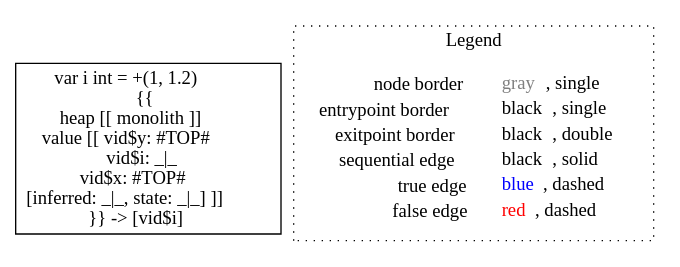
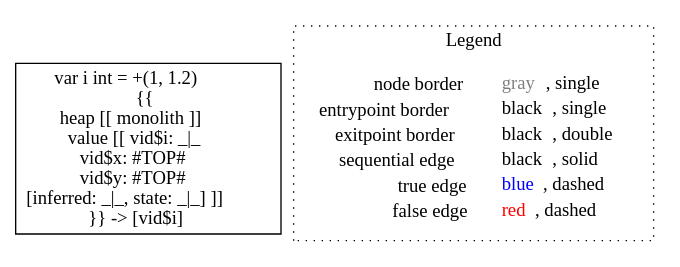
The diagram in go-lisa/go-testcases/typing/typing___int_~LiSAProgram.typeError1(int_x,_int_y).dot (lisa-analyzer/go-lisa), drawn with Graphviz before and after one commit. The commit also changed 9 other files, not shown here.

```diff
--- a/go-lisa/go-testcases/typing/typing___int_~LiSAProgram.typeError1(int_x,_int_y).dot
+++ b/go-lisa/go-testcases/typing/typing___int_~LiSAProgram.typeError1(int_x,_int_y).dot
@@ -1,10 +1,10 @@
 digraph {
-	"node0" [shape="rect",color="black",label=<var i int = +(1, 1.2)<BR/>{{<BR/>heap [[ monolith ]]<BR/>value [[ vid$y: #TOP#<BR/>vid$i: _|_<BR/>vid$x: #TOP#<BR/>[inferred: _|_, state: _|_] ]]<BR/>}} -&gt; [vid$i]>];
+	"node0" [shape="rect",color="black",label=<var i int = +(1, 1.2)<BR/>{{<BR/>heap [[ monolith ]]<BR/>value [[ vid$i: _|_<BR/>vid$x: #TOP#<BR/>vid$y: #TOP#<BR/>[inferred: _|_, state: _|_] ]]<BR/>}} -&gt; [vid$i]>];
 subgraph cluster_legend {
 	label="Legend";
 	style=dotted;
 	node [shape=plaintext];
 	"legend" [label=<<table border="0" cellpadding="2" cellspacing="0" cellborder="0"><tr><td align="right">node border&nbsp;</td><td align="left"><font color="gray">gray</font>, single</td></tr><tr><td align="right">entrypoint border&nbsp;</td><td align="left"><font color="black">black</font>, single</td></tr><tr><td align="right">exitpoint border&nbsp;</td><td align="left"><font color="black">black</font>, double</td></tr><tr><td align="right">sequential edge&nbsp;</td><td align="left"><font color="black">black</font>, solid</td></tr><tr><td align="right">true edge&nbsp;</td><td align="left"><font color="blue">blue</font>, dashed</td></tr><tr><td align="right">false edge&nbsp;</td><td align="left"><font color="red">red</font>, dashed</td></tr></table>>];
 }
 
 }
```
